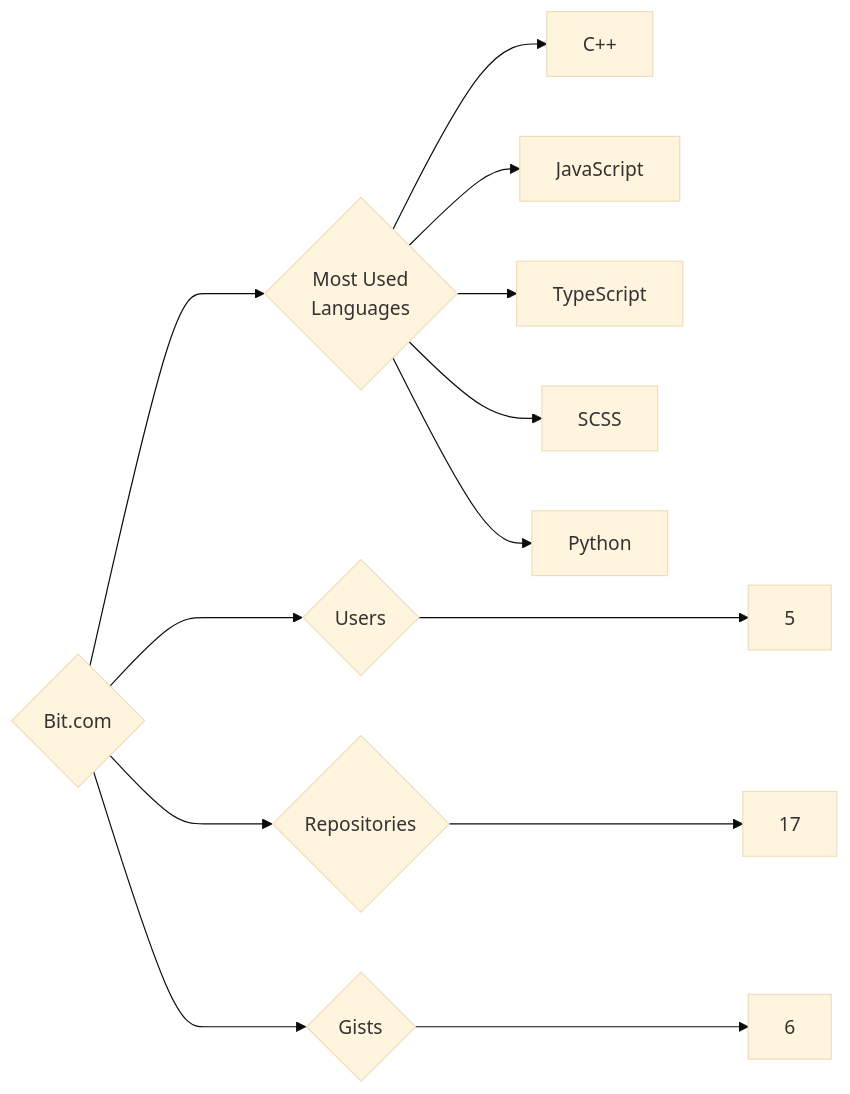
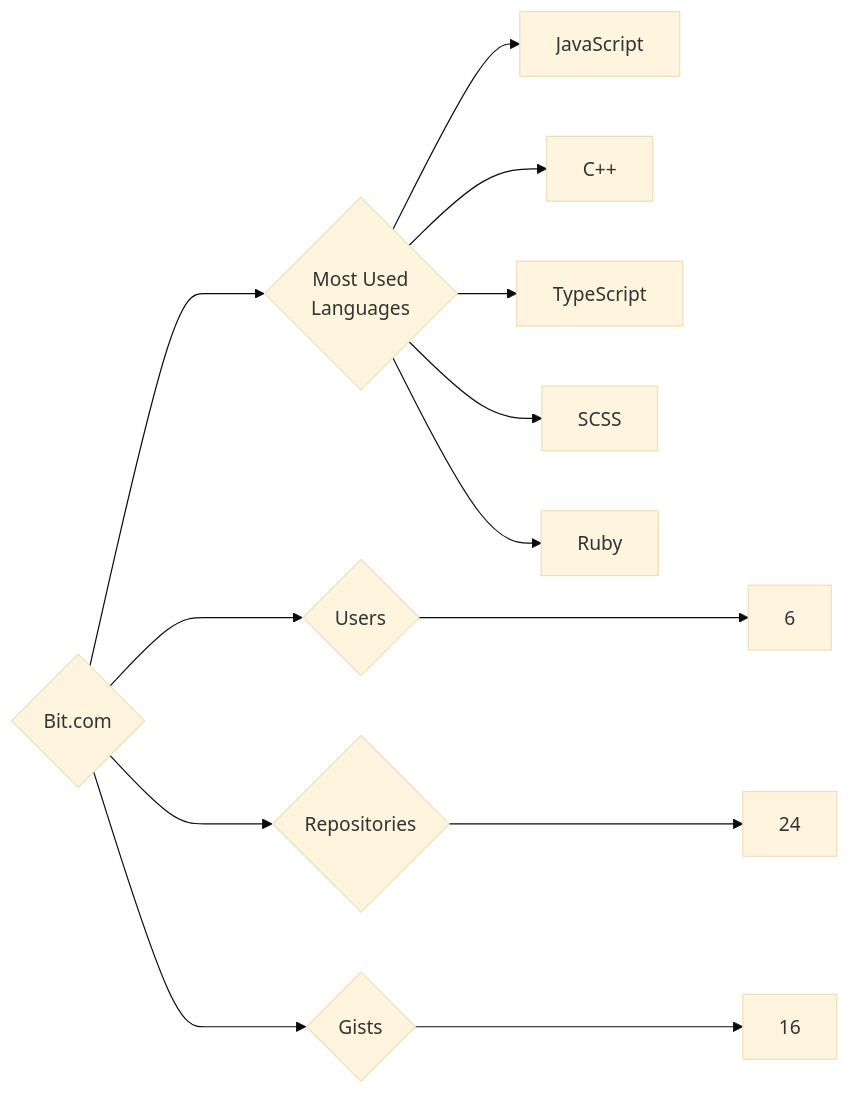
The diagram in targets/Bit.com/README.md (trickest/insiders), drawn with Mermaid (base theme) before and after one commit. The commit also changed 942 other files, not shown here.

````diff
--- a/targets/Bit.com/README.md
+++ b/targets/Bit.com/README.md
@@ -3,13 +3,13 @@
 ```mermaid
 graph LR
 COMPANY_NAME{Bit.com}
-COMPANY_NAME ---> U{Users} ---> UN[5]
-COMPANY_NAME ---> R{Repositories} ---> RN[17]
-COMPANY_NAME ---> G{Gists} ---> GN[6]
+COMPANY_NAME ---> U{Users} ---> UN[6]
+COMPANY_NAME ---> R{Repositories} ---> RN[24]
+COMPANY_NAME ---> G{Gists} ---> GN[16]
 COMPANY_NAME ---> ML{Most Used<br>Languages}
+ML --> JavaScript[JavaScript]
 ML --> C++[C++]
-ML --> JavaScript[JavaScript]
 ML --> TypeScript[TypeScript]
 ML --> SCSS[SCSS]
-ML --> Python[Python]
+ML --> Ruby[Ruby]
 ```
````
